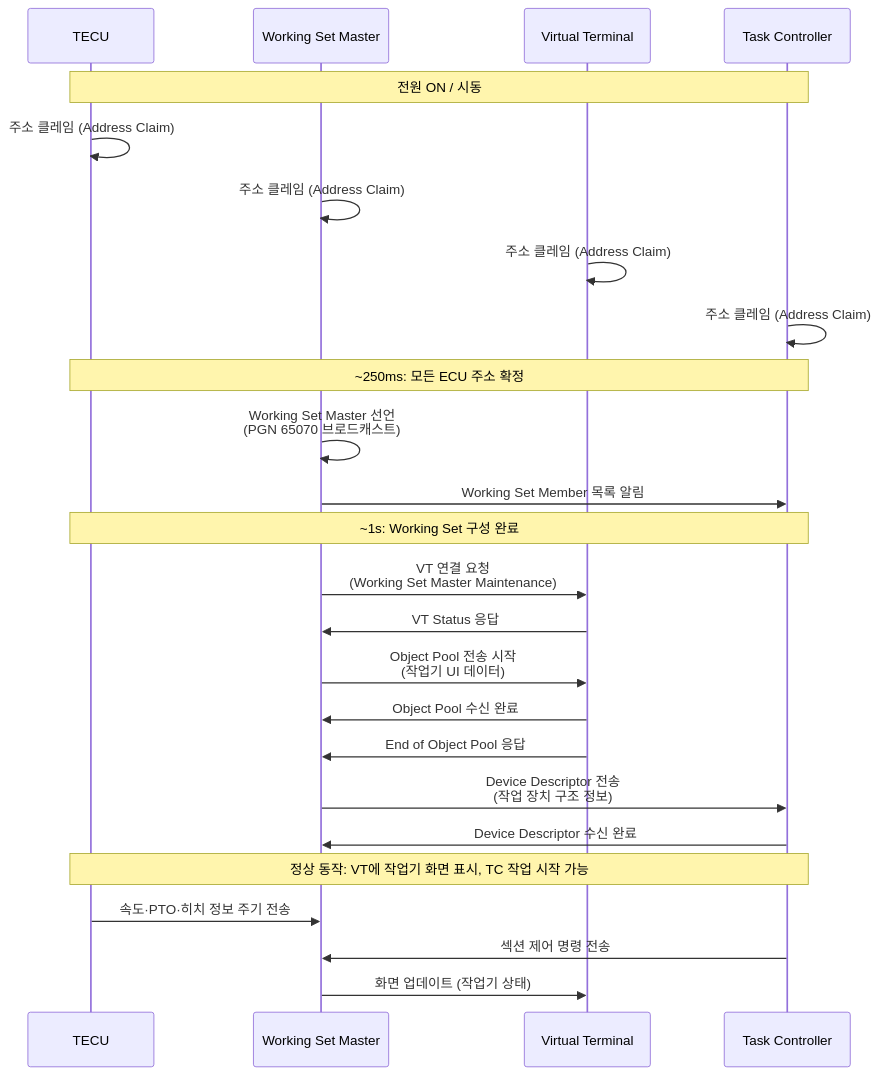
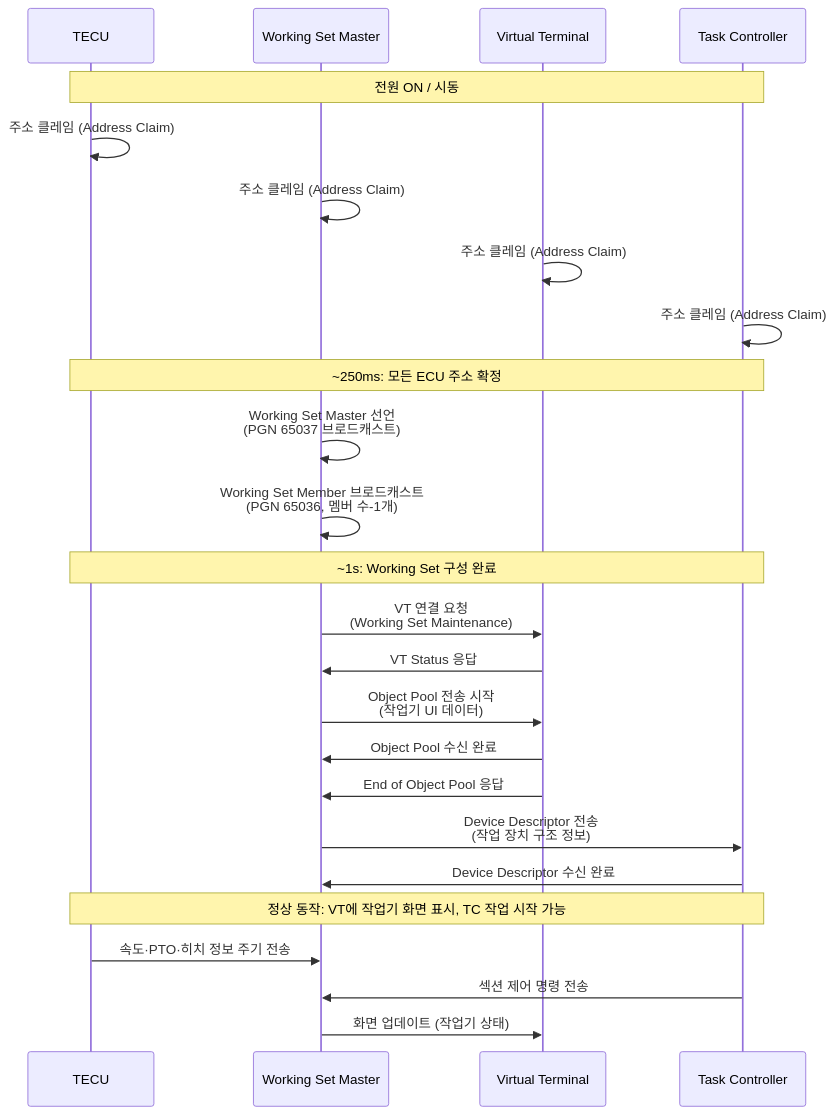
Before and after one commit to hobeen-kim/hobeen-kim.github.io: the third of 3 diagrams in docs/_study/isobus/13-isobus-architecture.md, drawn with Mermaid. The commit also changed other lines of this file and 18 other files, not shown here.

````diff
--- a/docs/_study/isobus/13-isobus-architecture.md
+++ b/docs/_study/isobus/13-isobus-architecture.md
@@ -118,37 +135,37 @@
 ```mermaid
 sequenceDiagram
     participant TECU as TECU
     participant WSM as Working Set Master
     participant VT as Virtual Terminal
     participant TC as Task Controller
 
     Note over TECU,TC: 전원 ON / 시동
 
     TECU->>TECU: 주소 클레임 (Address Claim)
     WSM->>WSM: 주소 클레임 (Address Claim)
     VT->>VT: 주소 클레임 (Address Claim)
     TC->>TC: 주소 클레임 (Address Claim)
 
     Note over TECU,TC: ~250ms: 모든 ECU 주소 확정
 
-    WSM->>WSM: Working Set Master 선언<br>(PGN 65070 브로드캐스트)
-    WSM->>TC: Working Set Member 목록 알림
+    WSM->>WSM: Working Set Master 선언<br>(PGN 65037 브로드캐스트)
+    WSM->>WSM: Working Set Member 브로드캐스트<br>(PGN 65036, 멤버 수-1개)
 
     Note over TECU,TC: ~1s: Working Set 구성 완료
 
-    WSM->>VT: VT 연결 요청<br>(Working Set Master Maintenance)
+    WSM->>VT: VT 연결 요청<br>(Working Set Maintenance)
     VT->>WSM: VT Status 응답
 
     WSM->>VT: Object Pool 전송 시작<br>(작업기 UI 데이터)
     VT->>WSM: Object Pool 수신 완료
     VT->>WSM: End of Object Pool 응답
 
     WSM->>TC: Device Descriptor 전송<br>(작업 장치 구조 정보)
     TC->>WSM: Device Descriptor 수신 완료
 
     Note over TECU,TC: 정상 동작: VT에 작업기 화면 표시, TC 작업 시작 가능
 
     TECU->>WSM: 속도·PTO·히치 정보 주기 전송
     TC->>WSM: 섹션 제어 명령 전송
     WSM->>VT: 화면 업데이트 (작업기 상태)
 ```
````
